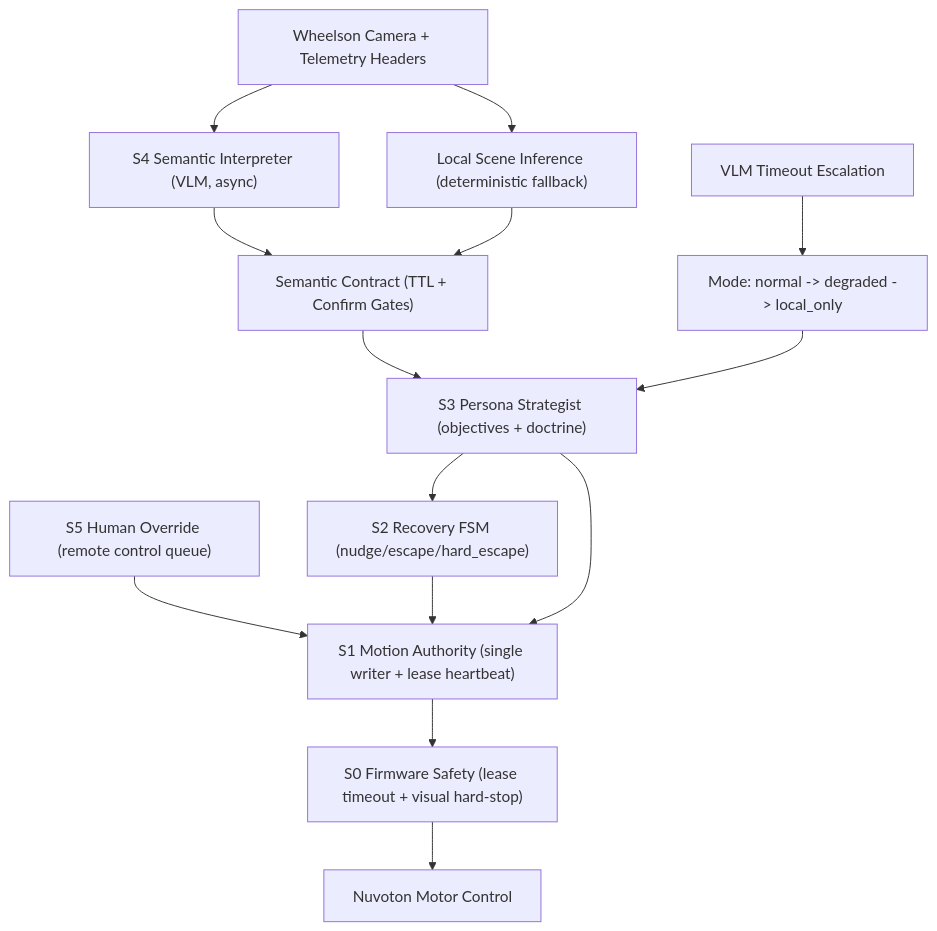
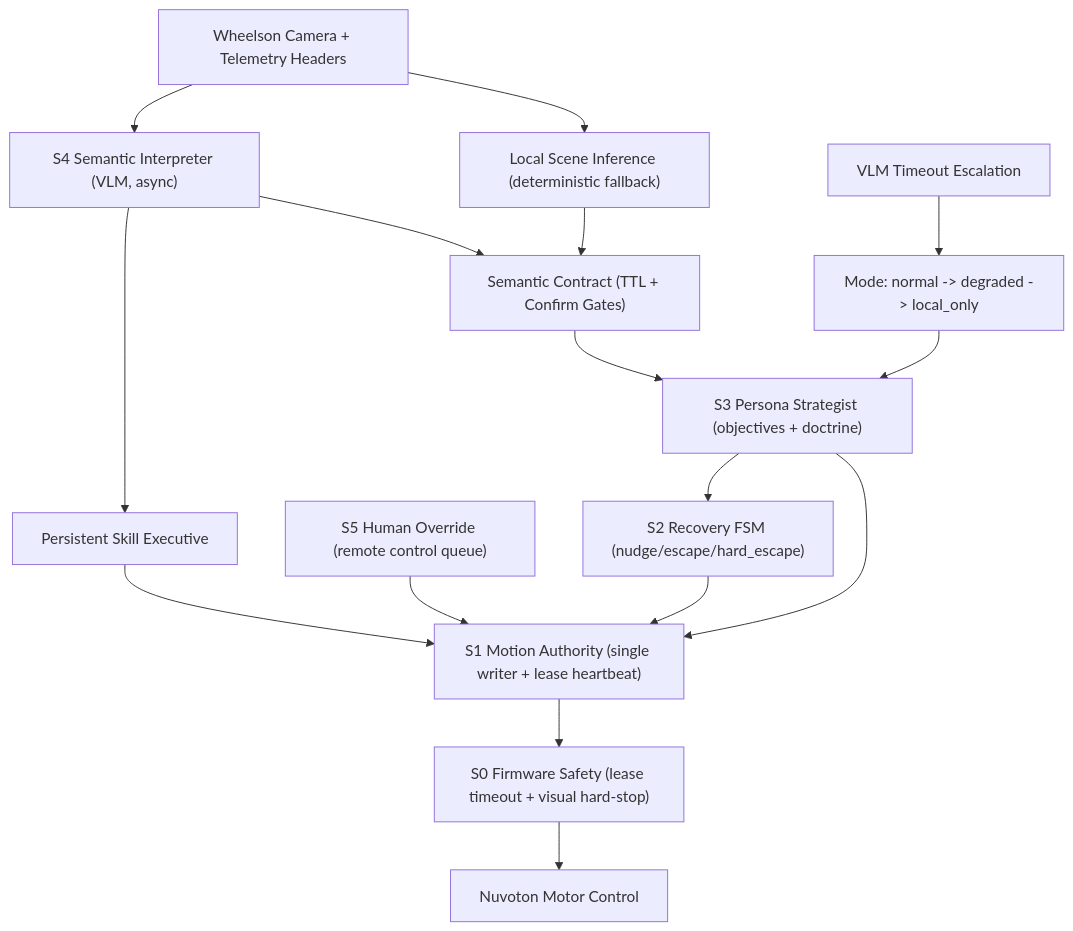
The diagram in README.md (ejde/wheelson-explorer), drawn with Mermaid before and after one commit. The commit also changed other lines of this file and 22 other files, not shown here.

````diff
--- a/README.md
+++ b/README.md
@@ -47,19 +55,21 @@
 ```mermaid
 flowchart TD
     CAM["Wheelson Camera + Telemetry Headers"] --> VLM["S4 Semantic Interpreter (VLM, async)"]
     CAM --> LSCENE["Local Scene Inference (deterministic fallback)"]
+    VLM --> EXEC["Persistent Skill Executive"]
+    EXEC --> AUTH
     VLM --> CONTRACT["Semantic Contract (TTL + Confirm Gates)"]
     LSCENE --> CONTRACT
 
     HUMAN["S5 Human Override (remote control queue)"] --> AUTH
     CONTRACT --> STRAT["S3 Persona Strategist (objectives + doctrine)"]
     STRAT --> REC["S2 Recovery FSM (nudge/escape/hard_escape)"]
     REC --> AUTH["S1 Motion Authority (single writer + lease heartbeat)"]
     STRAT --> AUTH
 
     AUTH --> FW["S0 Firmware Safety (lease timeout + visual hard-stop)"]
     FW --> MOTORS["Nuvoton Motor Control"]
 
     TO["VLM Timeout Escalation"] --> MODE["Mode: normal -> degraded -> local_only"]
     MODE --> STRAT
 ```
````
